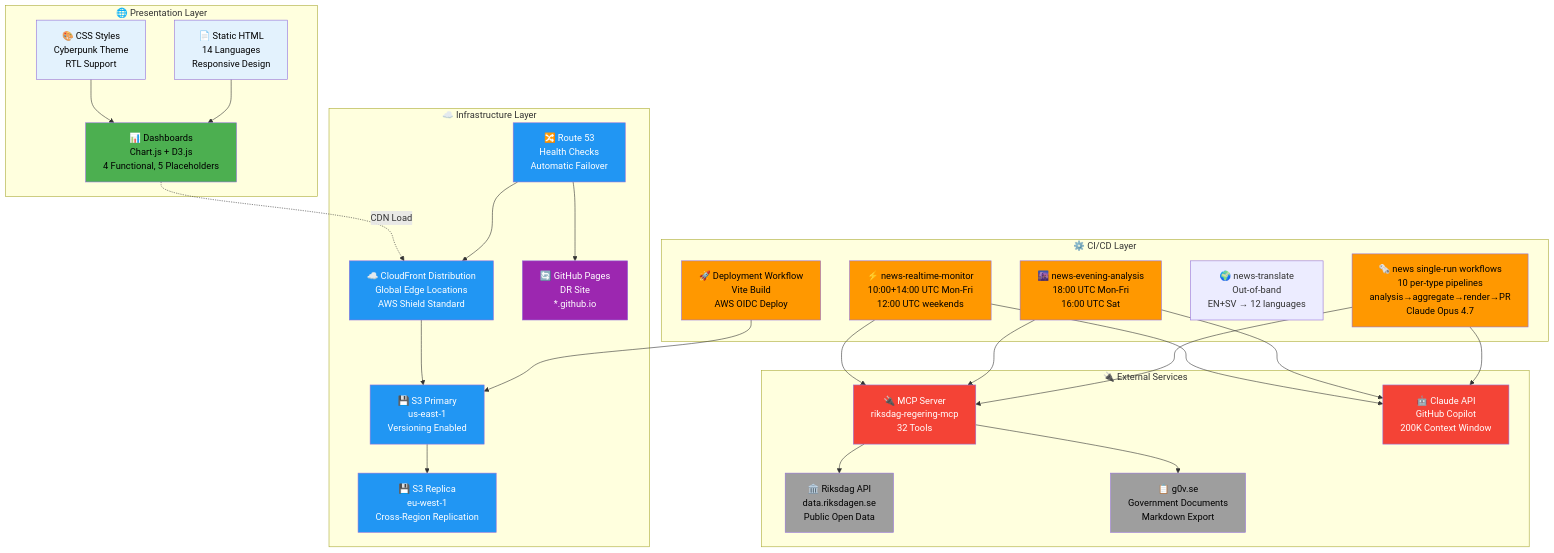
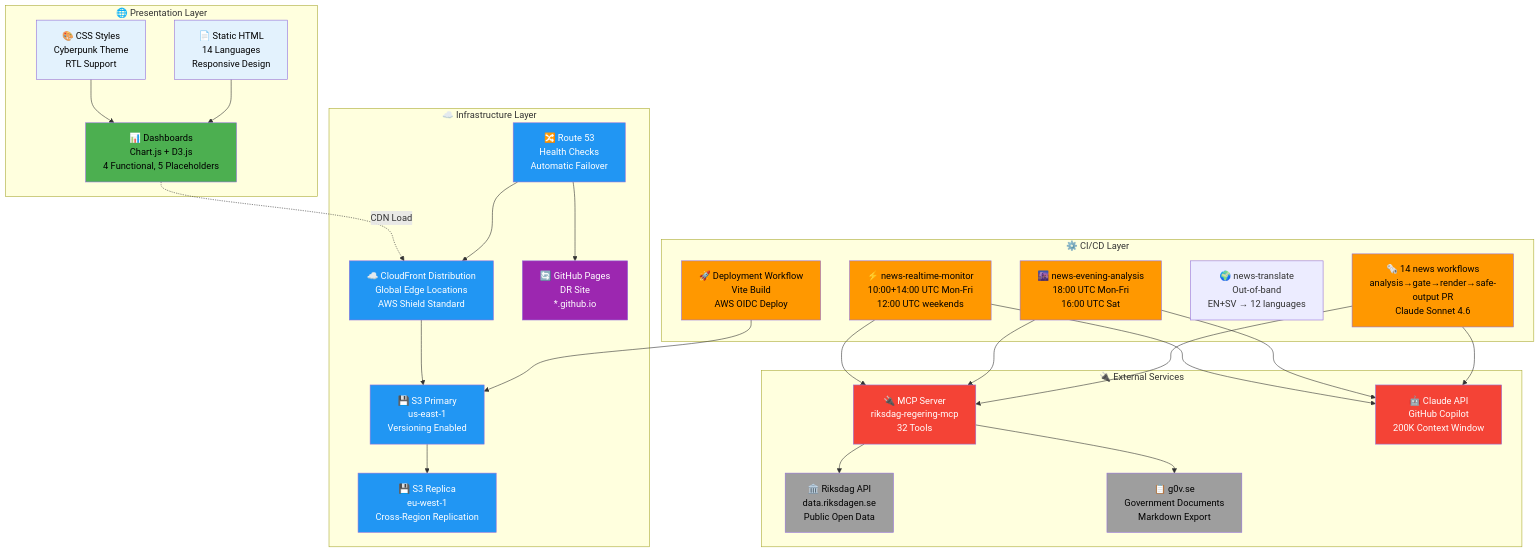
One commit to Hack23/riksdagsmonitor changed the second of 14 diagrams in THREAT_MODEL.md. Above: the diagram before and after it, drawn with Mermaid. The commit also changed other lines of this file and 2 other files, not shown here.

````diff
--- a/THREAT_MODEL.md
+++ b/THREAT_MODEL.md
@@ -330,71 +339,71 @@
 ```mermaid
 graph TB
     subgraph "🌐 Presentation Layer"
         HTML[📄 Static HTML<br/>14 Languages<br/>Responsive Design]
         CSS[🎨 CSS Styles<br/>Cyberpunk Theme<br/>RTL Support]
         Dashboard[📊 Dashboards<br/>Chart.js + D3.js<br/>4 Functional, 5 Placeholders]
     end
     
     subgraph "⚙️ CI/CD Layer"
-        Workflow1[🗞️ news single-run workflows<br/>10 per-type pipelines<br/>analysis→aggregate→render→PR<br/>Claude Opus 4.7]
+        Workflow1[🗞️ 14 news workflows<br/>analysis→gate→render→safe-output PR<br/>Claude Sonnet 4.6]
         Workflow2[🌆 news-evening-analysis<br/>18:00 UTC Mon-Fri<br/>16:00 UTC Sat]
         Workflow3[⚡ news-realtime-monitor<br/>10:00+14:00 UTC Mon-Fri<br/>12:00 UTC weekends]
         Workflow4[🌍 news-translate<br/>Out-of-band<br/>EN+SV → 12 languages]
         Deploy[🚀 Deployment Workflow<br/>Vite Build<br/>AWS OIDC Deploy]
     end
     
     subgraph "☁️ Infrastructure Layer"
         CDN[☁️ CloudFront Distribution<br/>Global Edge Locations<br/>AWS Shield Standard]
         S3Primary[💾 S3 Primary<br/>us-east-1<br/>Versioning Enabled]
         S3Replica[💾 S3 Replica<br/>eu-west-1<br/>Cross-Region Replication]
         DNS[🔀 Route 53<br/>Health Checks<br/>Automatic Failover]
         GHPages[🔄 GitHub Pages<br/>DR Site<br/>*.github.io]
     end
     
     subgraph "🔌 External Services"
         MCP[🔌 MCP Server<br/>riksdag-regering-mcp<br/>32 Tools]
         ClaudeAPI[🤖 Claude API<br/>GitHub Copilot<br/>200K Context Window]
         Riksdag[🏛️ Riksdag API<br/>data.riksdagen.se<br/>Public Open Data]
         G0V[📋 g0v.se<br/>Government Documents<br/>Markdown Export]
     end
     
     HTML --> Dashboard
     CSS --> Dashboard
     
     Workflow1 --> ClaudeAPI
     Workflow2 --> ClaudeAPI
     Workflow3 --> ClaudeAPI
     
     Workflow1 --> MCP
     Workflow2 --> MCP
     Workflow3 --> MCP
     
     Deploy --> S3Primary
     S3Primary --> S3Replica
     
     CDN --> S3Primary
     DNS --> CDN
     DNS --> GHPages
     
     MCP --> Riksdag
     MCP --> G0V
     
     Dashboard -.->|CDN Load| CDN
     
     style HTML fill:#e3f2fd,color:#000
     style CSS fill:#e3f2fd,color:#000
     style Dashboard fill:#4caf50,color:#000
     style Workflow1 fill:#ff9800,color:#000
     style Workflow2 fill:#ff9800,color:#000
     style Workflow3 fill:#ff9800,color:#000
     style Deploy fill:#ff9800,color:#000
     style CDN fill:#2196f3,color:#fff
     style S3Primary fill:#2196f3,color:#fff
     style S3Replica fill:#2196f3,color:#fff
     style DNS fill:#2196f3,color:#fff
     style GHPages fill:#9c27b0,color:#fff
     style MCP fill:#f44336,color:#fff
     style ClaudeAPI fill:#f44336,color:#fff
     style Riksdag fill:#9e9e9e,color:#000
     style G0V fill:#9e9e9e,color:#000
 ```
````
